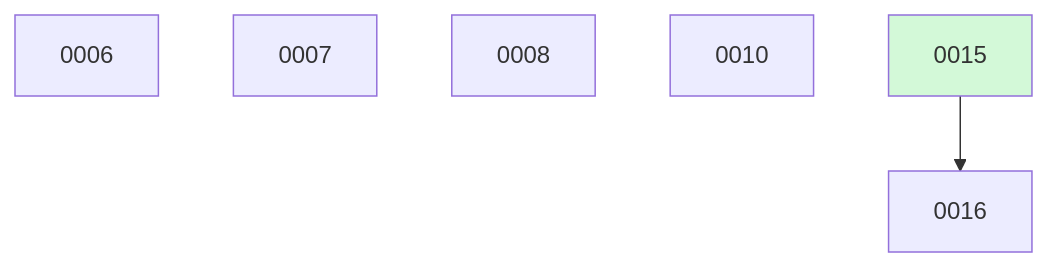
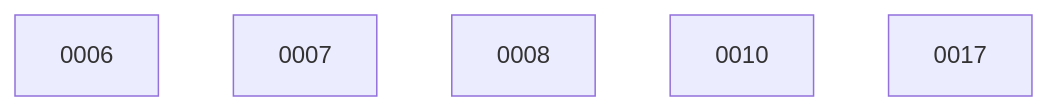
The diagram in docs/changes/BOARD.md (ethanhinson/codeindex), drawn with Mermaid before and after one commit. The commit also changed other lines of this file, not shown here.

````diff
--- a/docs/changes/BOARD.md
+++ b/docs/changes/BOARD.md
@@ -20,10 +15,8 @@
 ```mermaid
 graph TD
   0006
   0007
   0008
   0010
-  0015 --> 0016
-  0015:::done
-  classDef done fill:#d3f9d8;
+  0017
 ```
````
